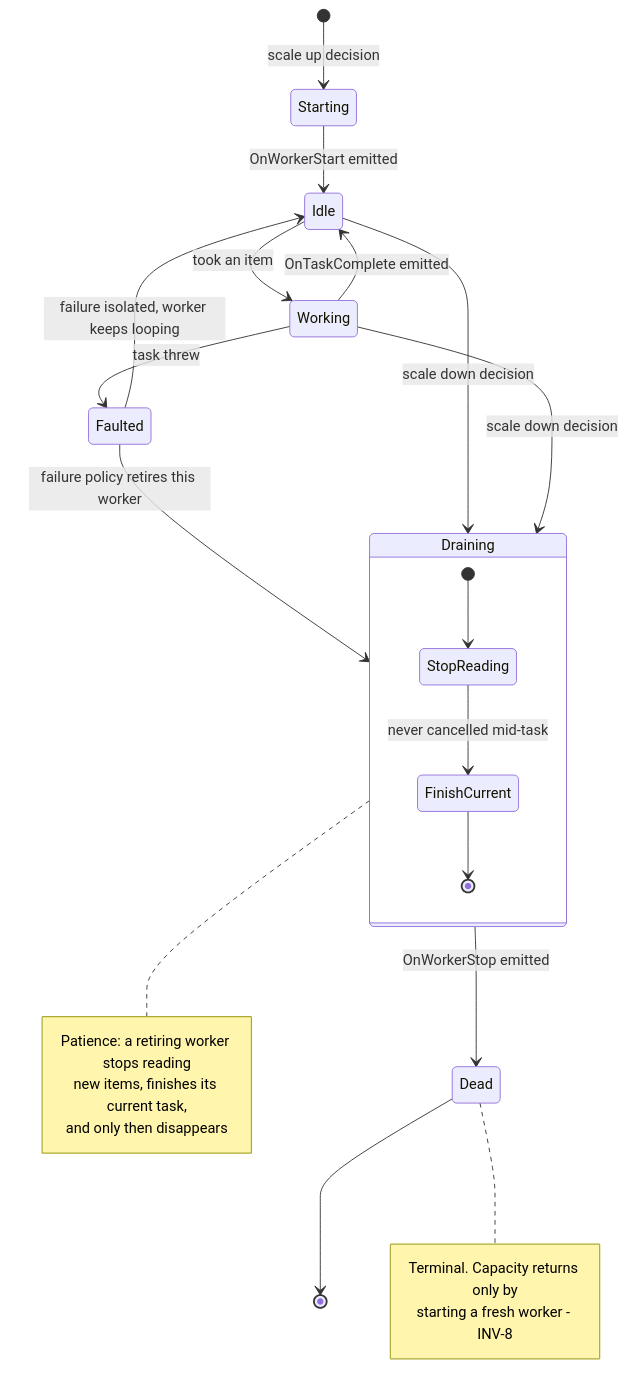
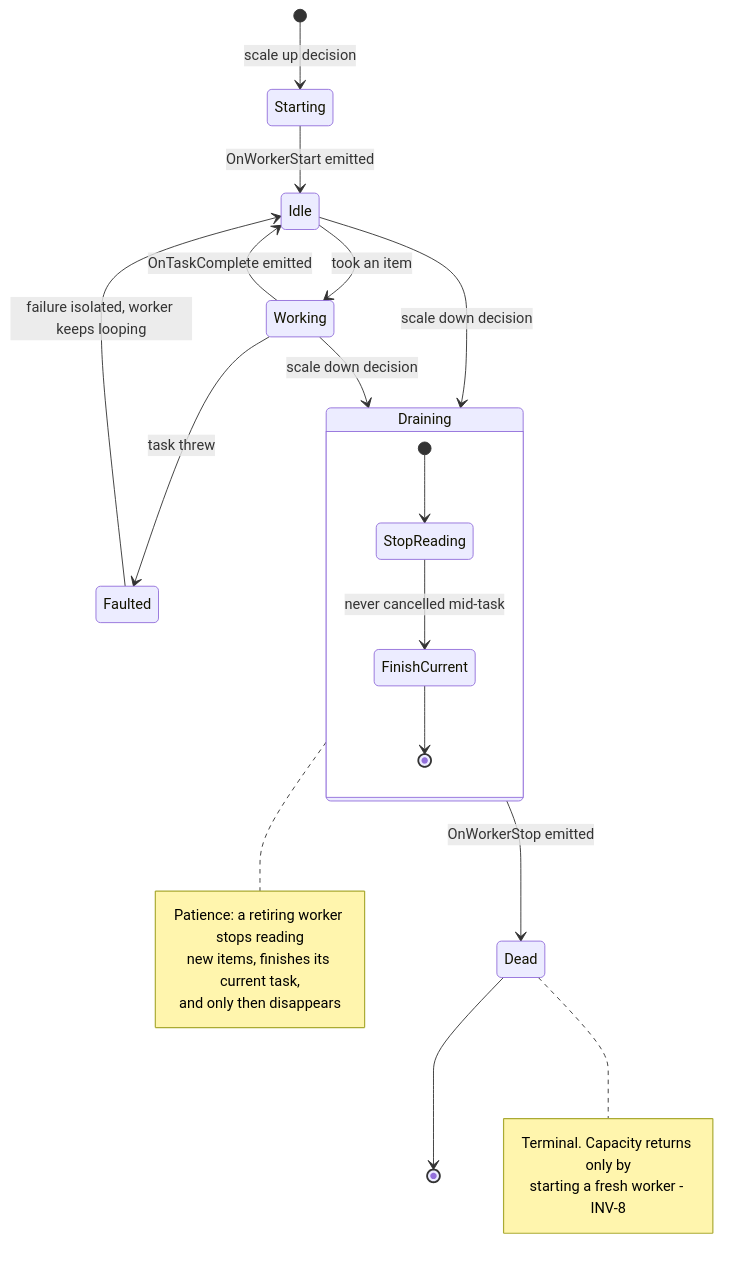
One commit to MatanelGordon/Limitful changed the first of 2 diagrams in docs/utilities/parallel-workers.md. Above: the diagram before and after it, drawn with Mermaid. The commit also changed other lines of this file, not shown here.

Commit message:
Add detailed documentation for JavaScript worker-thread execution and prior art references

````diff
--- a/docs/utilities/parallel-workers.md
+++ b/docs/utilities/parallel-workers.md
@@ -63,33 +148,32 @@
 ```mermaid
 stateDiagram-v2
   [*] --> Starting: scale up decision
   Starting --> Idle: OnWorkerStart emitted
   Idle --> Working: took an item
   Working --> Idle: OnTaskComplete emitted
   Working --> Faulted: task threw
 
   Faulted --> Idle: failure isolated, worker keeps looping
-  Faulted --> Draining: failure policy retires this worker
 
   Idle --> Draining: scale down decision
   Working --> Draining: scale down decision
 
   state Draining {
     [*] --> StopReading
     StopReading --> FinishCurrent: never cancelled mid-task
     FinishCurrent --> [*]
   }
 
   Draining --> Dead: OnWorkerStop emitted
   Dead --> [*]
 
   note right of Draining
     Patience: a retiring worker stops reading
     new items, finishes its current task,
     and only then disappears
   end note
   note right of Dead
     Terminal. Capacity returns only by
     starting a fresh worker - INV-8
   end note
 ```
````
